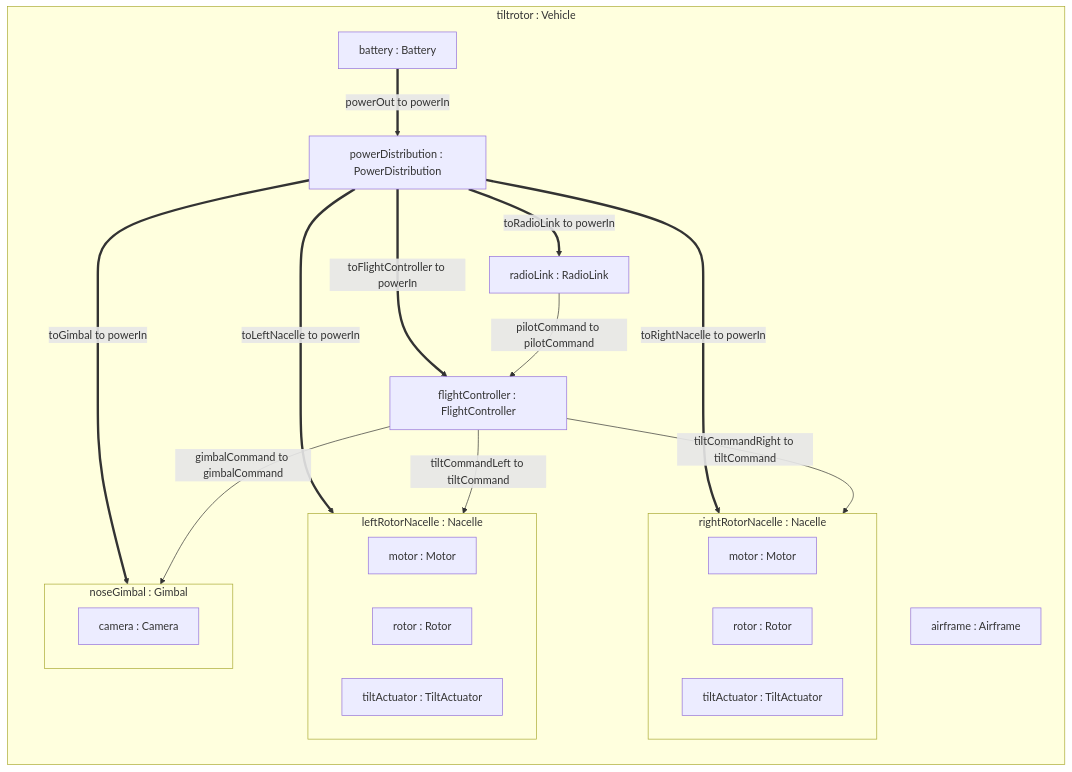
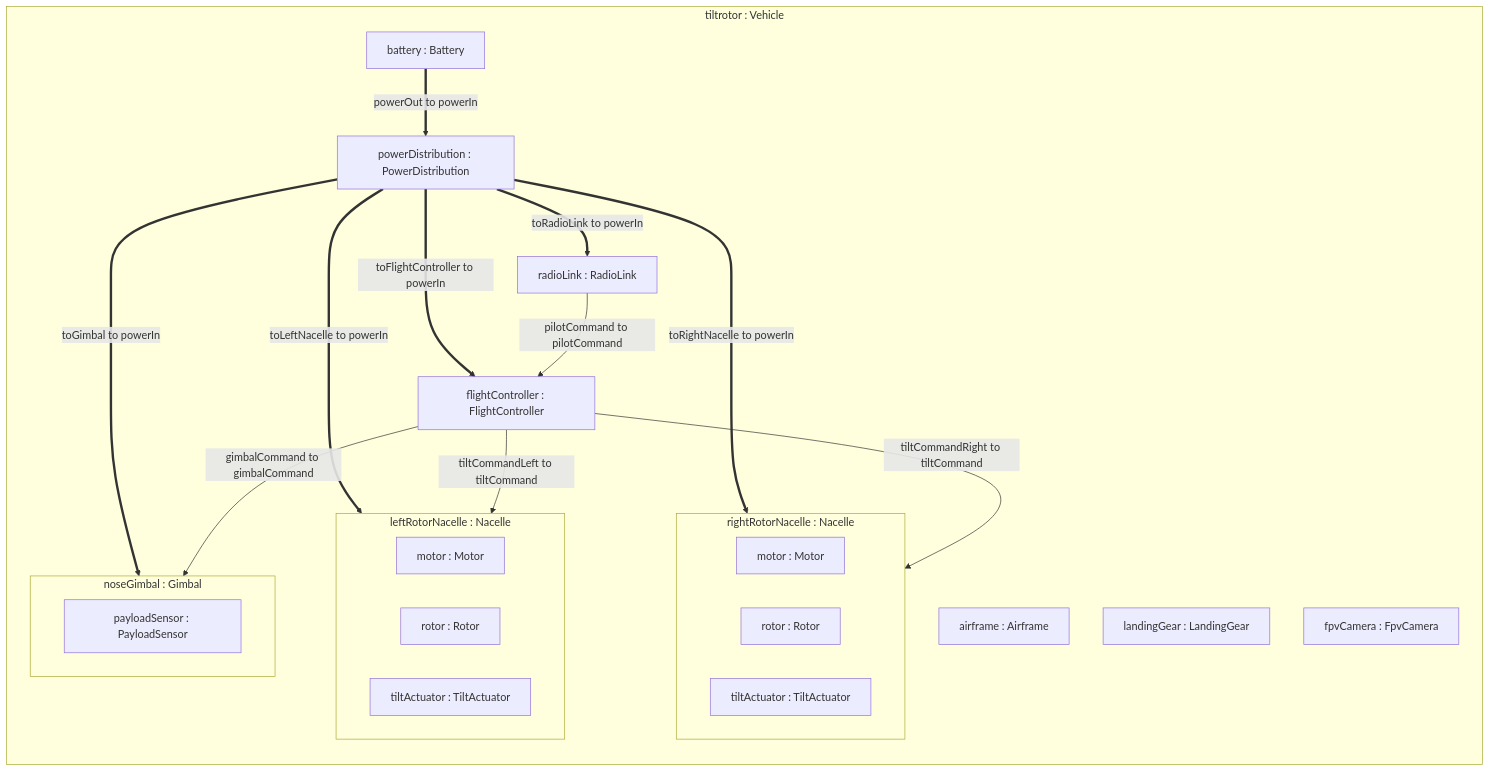
Before and after one commit to BennyGodwinM/Tilt-Rotor-Reqs: the diagram in docs/views/ibd.mmd, drawn with Mermaid. The commit also changed 19 other files, not shown here.

First line of the commit message:
Apply owner decisions: landing gear, C/VTOL definition, swappable sensor; split 11 non-atomic requirements

```diff
--- a/docs/views/ibd.mmd
+++ b/docs/views/ibd.mmd
@@ -1,31 +1,33 @@
 flowchart LR
   subgraph tiltrotor["tiltrotor : Vehicle"]
     airframe["airframe : Airframe"]
+    landingGear["landingGear : LandingGear"]
+    fpvCamera["fpvCamera : FpvCamera"]
     subgraph leftRotorNacelle["leftRotorNacelle : Nacelle"]
       leftRotorNacelle_motor["motor : Motor"]
       leftRotorNacelle_rotor["rotor : Rotor"]
       leftRotorNacelle_tiltActuator["tiltActuator : TiltActuator"]
     end
     subgraph rightRotorNacelle["rightRotorNacelle : Nacelle"]
       rightRotorNacelle_motor["motor : Motor"]
       rightRotorNacelle_rotor["rotor : Rotor"]
       rightRotorNacelle_tiltActuator["tiltActuator : TiltActuator"]
     end
     subgraph noseGimbal["noseGimbal : Gimbal"]
-      noseGimbal_camera["camera : Camera"]
+      noseGimbal_payloadSensor["payloadSensor : PayloadSensor"]
     end
     battery["battery : Battery"]
     powerDistribution["powerDistribution : PowerDistribution"]
     flightController["flightController : FlightController"]
     radioLink["radioLink : RadioLink"]
   end
   battery ==>|"powerOut to powerIn"| powerDistribution
   powerDistribution ==>|"toLeftNacelle to powerIn"| leftRotorNacelle
   powerDistribution ==>|"toRightNacelle to powerIn"| rightRotorNacelle
   powerDistribution ==>|"toFlightController to powerIn"| flightController
   powerDistribution ==>|"toRadioLink to powerIn"| radioLink
   powerDistribution ==>|"toGimbal to powerIn"| noseGimbal
   radioLink -->|"pilotCommand to pilotCommand"| flightController
   flightController -->|"tiltCommandLeft to tiltCommand"| leftRotorNacelle
   flightController -->|"tiltCommandRight to tiltCommand"| rightRotorNacelle
   flightController -->|"gimbalCommand to gimbalCommand"| noseGimbal
```
